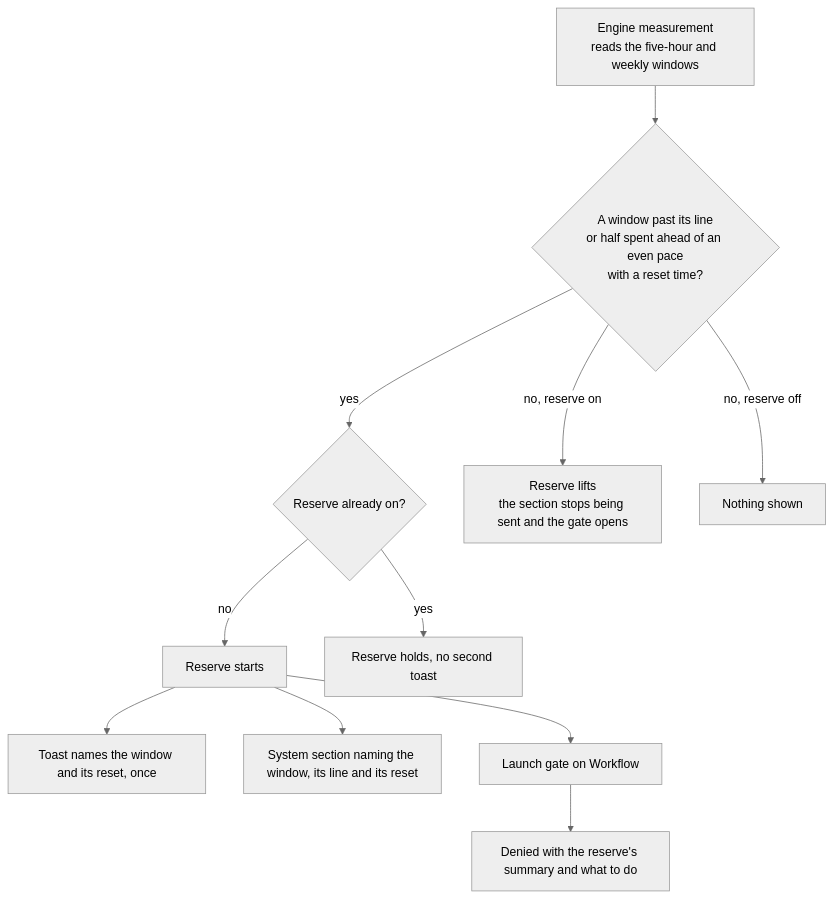
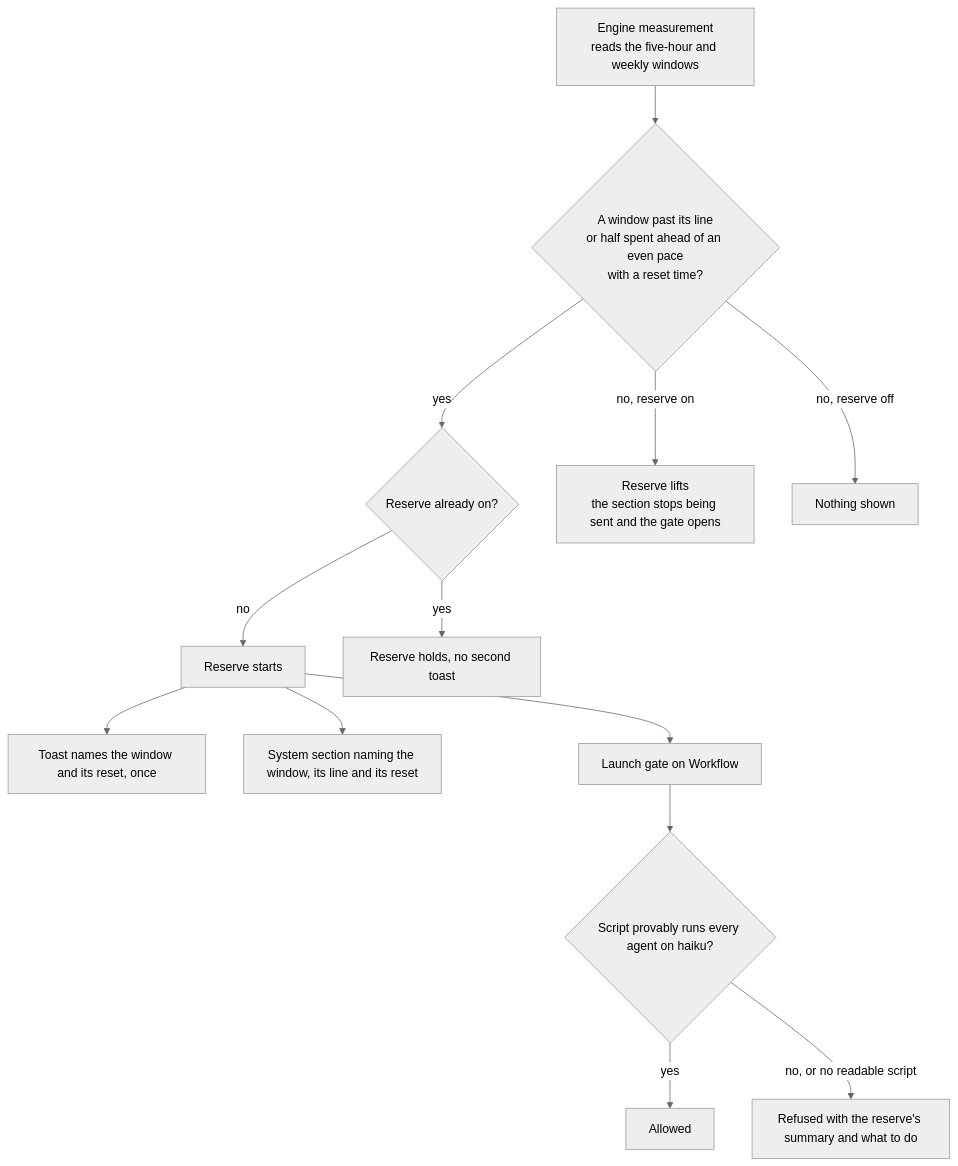
One commit to Esposter/Esposter changed the diagram in openspec/specs/infra/claude-interface/genshin-mods/resin/design.md. Above: the diagram before and after it, drawn with Mermaid (neutral theme). The commit also changed other lines of this file and 13 other files, not shown here.

````diff
--- a/openspec/specs/infra/claude-interface/genshin-mods/resin/design.md
+++ b/openspec/specs/infra/claude-interface/genshin-mods/resin/design.md
@@ -32,13 +32,15 @@
 ```mermaid
 flowchart TD
   M["Engine measurement<br/>reads the five-hour and weekly windows"] --> P{"A window past its line<br/>or half spent ahead of an even pace<br/>with a reset time?"}
   P -->|yes| Q{"Reserve already on?"}
   Q -->|no| ON["Reserve starts"]
   ON --> T["Toast names the window and its reset, once"]
   ON --> S["System section naming the window, its line and its reset"]
   Q -->|yes| HOLD["Reserve holds, no second toast"]
   P -->|no, reserve on| OFF["Reserve lifts<br/>the section stops being sent and the gate opens"]
   P -->|no, reserve off| NONE["Nothing shown"]
   ON --> G["Launch gate on Workflow"]
-  G --> D["Denied with the reserve's summary and what to do"]
+  G --> H{"Script provably runs every agent on haiku?"}
+  H -->|yes| A["Allowed"]
+  H -->|no, or no readable script| D["Refused with the reserve's summary and what to do"]
 ```
````
